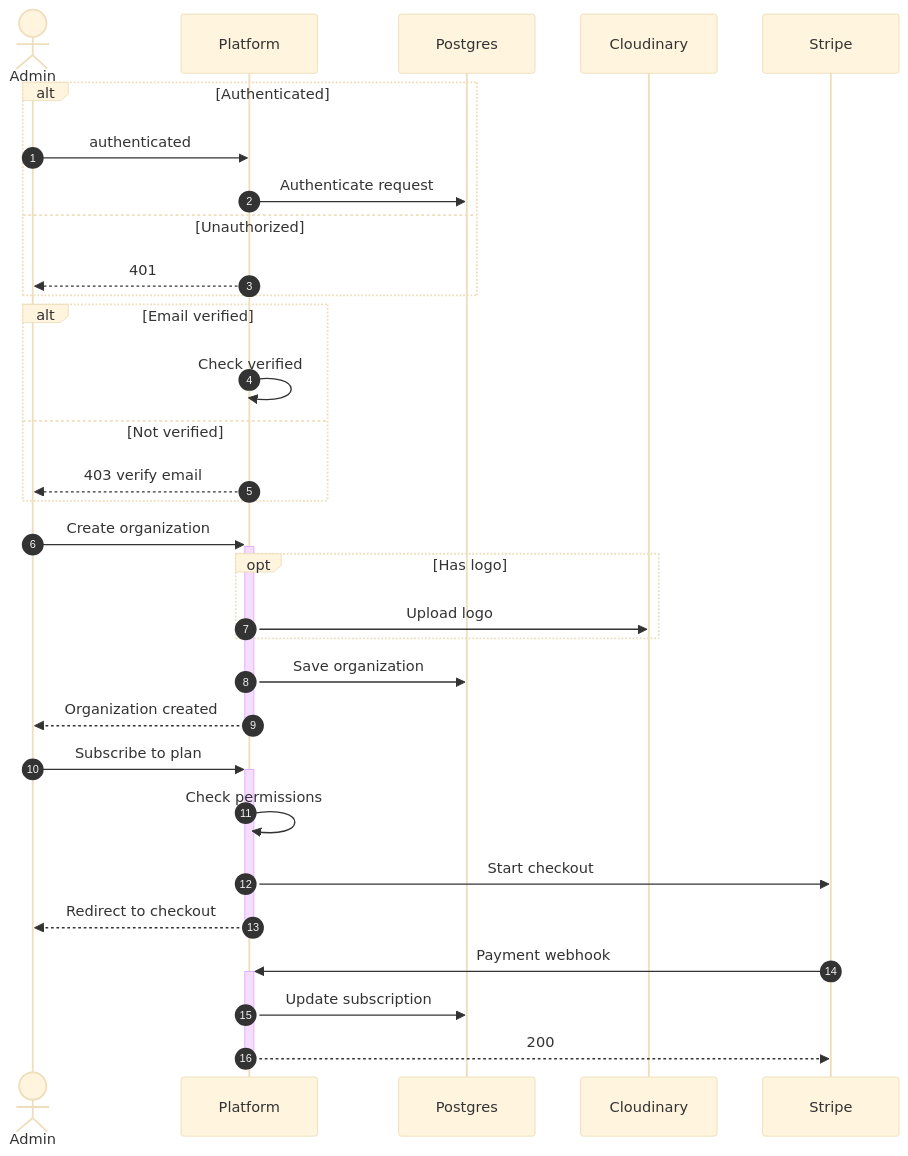
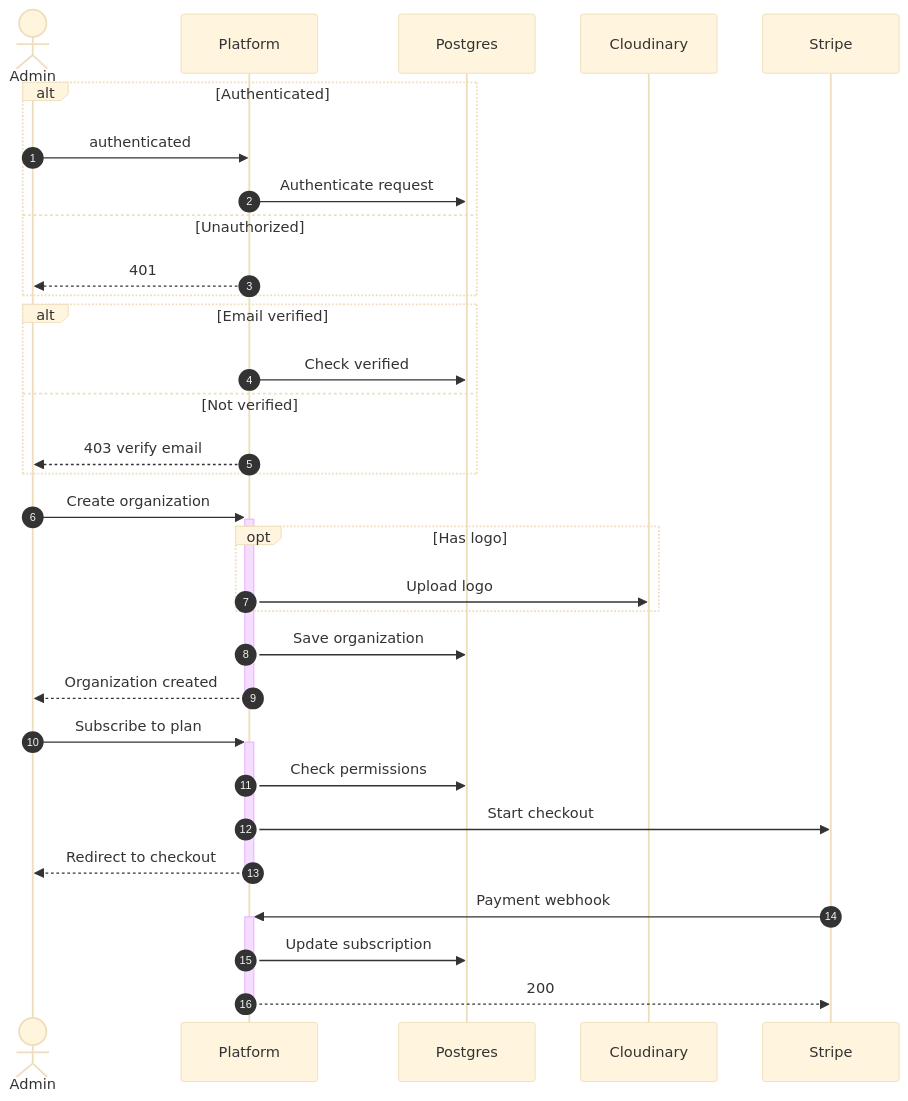
One commit to MohamedChebbi123/teamnest changed the fourth of 16 diagrams in docs/SEQUENCE_DIAGRAMS.md. Above: the diagram before and after it, drawn with Mermaid (base theme). The commit also changed other lines of this file, not shown here.

````diff
--- a/docs/SEQUENCE_DIAGRAMS.md
+++ b/docs/SEQUENCE_DIAGRAMS.md
@@ -139,38 +139,38 @@
 ```mermaid
 sequenceDiagram
     autonumber
     actor Admin
     participant API as Platform
     participant DB as Postgres
     participant Cloud as Cloudinary
     participant Stripe
 
     alt Authenticated
         Admin->>API: authenticated
         API->>DB: Authenticate request
     else Unauthorized
         API-->>Admin: 401
     end
 
     alt Email verified
-        API->>API: Check verified
+        API->>DB: Check verified
     else Not verified
         API-->>Admin: 403 verify email
     end
 
     Admin->>+API: Create organization
     opt Has logo
         API->>Cloud: Upload logo
     end
     API->>DB: Save organization
     API-->>-Admin: Organization created
 
     Admin->>+API: Subscribe to plan
-    API->>API: Check permissions
+    API->>DB: Check permissions
     API->>Stripe: Start checkout
     API-->>-Admin: Redirect to checkout
 
     Stripe->>+API: Payment webhook
     API->>DB: Update subscription
     API-->>-Stripe: 200
 ```
````
